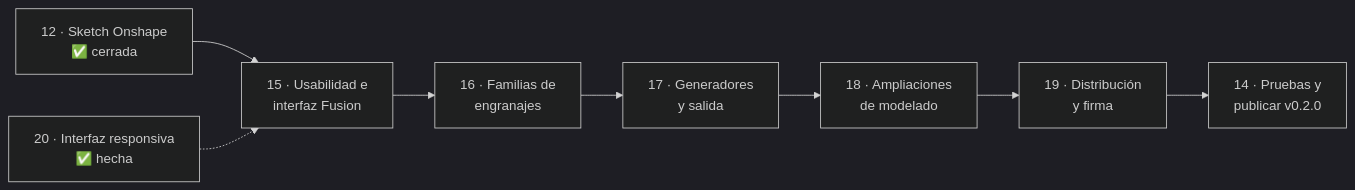
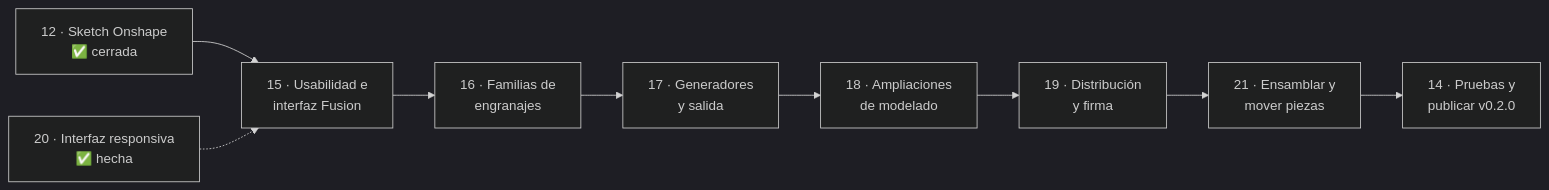
The first of 2 diagrams in docs/hoja-de-ruta.md (GeoNufio1404/NufioCAD), drawn with Mermaid (dark theme) before and after one commit. The commit also changed other lines of this file, not shown here.

Commit message:
Hoja de ruta: Fase 21, ensamblar y mover piezas al estilo Fusion 360 (clonar, fijar, componentes, alinear, arrastrar, uniones, enlaces de movimiento, tren planetario)

````diff
--- a/docs/hoja-de-ruta.md
+++ b/docs/hoja-de-ruta.md
@@ -69,10 +70,11 @@
 ```mermaid
 flowchart LR
     F12["12 · Sketch Onshape<br/>✅ cerrada"] --> F15["15 · Usabilidad e<br/>interfaz Fusion"]
     F15 --> F16["16 · Familias de<br/>engranajes"]
     F16 --> F17["17 · Generadores<br/>y salida"]
     F17 --> F18["18 · Ampliaciones<br/>de modelado"]
     F18 --> F19["19 · Distribución<br/>y firma"]
-    F19 --> F14["14 · Pruebas y<br/>publicar v0.2.0"]
+    F19 --> F21["21 · Ensamblar y<br/>mover piezas"]
+    F21 --> F14["14 · Pruebas y<br/>publicar v0.2.0"]
     F20["20 · Interfaz responsiva<br/>✅ hecha"] -.-> F15
 ```
````
